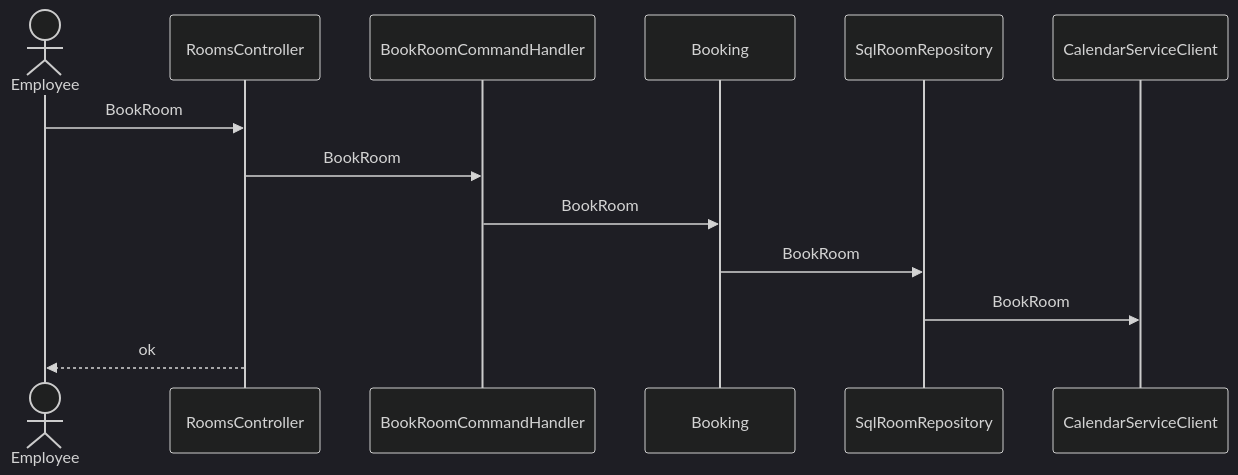
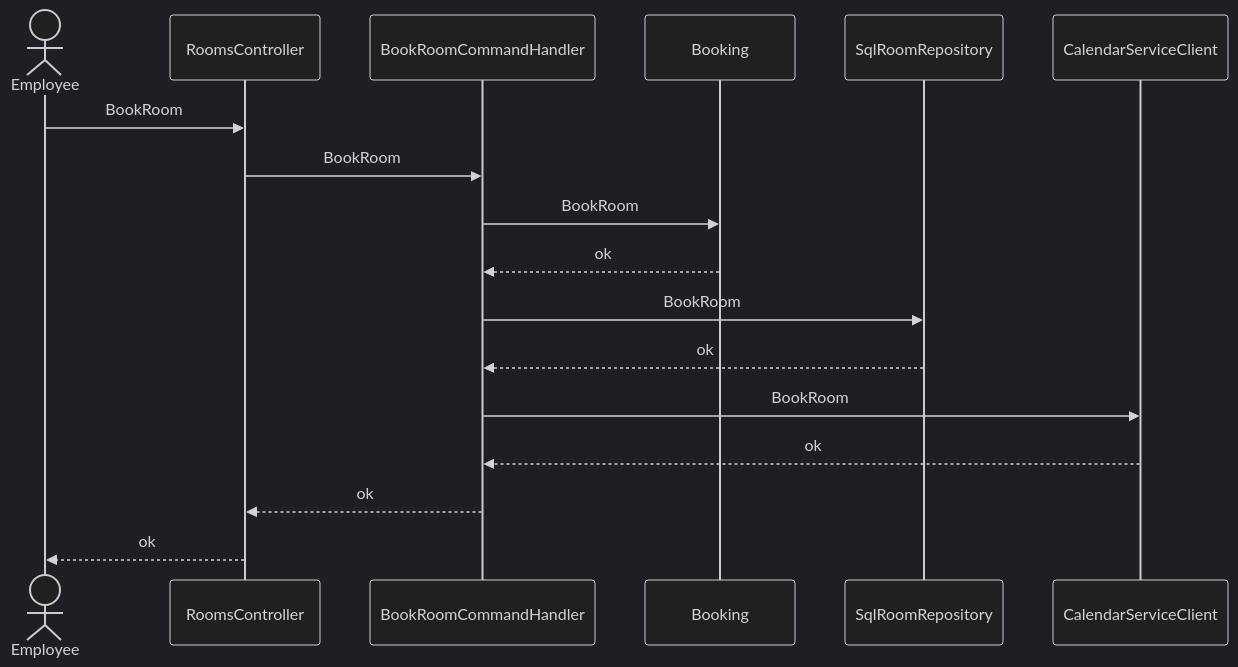
One commit to pin0513/AITools changed the fourth of 6 diagrams in skills/spec-dev-process/examples/matrix/be-only-en-s2/specs/rd/room-booking/spec/30-architecture-c4.md. Above: the diagram before and after it, drawn with Mermaid (dark theme). The commit also changed other lines of this file and 257 other files, not shown here.

````diff
--- a/skills/spec-dev-process/examples/matrix/be-only-en-s2/specs/rd/room-booking/spec/30-architecture-c4.md
+++ b/skills/spec-dev-process/examples/matrix/be-only-en-s2/specs/rd/room-booking/spec/30-architecture-c4.md
@@ -93,15 +93,19 @@
 ```mermaid
 sequenceDiagram
   actor U as Employee
   participant CMP001 as RoomsController
   participant CMP002 as BookRoomCommandHandler
   participant CMP006 as Booking
   participant CMP007 as SqlRoomRepository
   participant CMP008 as CalendarServiceClient
   U->>CMP001: BookRoom
   CMP001->>CMP002: BookRoom
   CMP002->>CMP006: BookRoom
-  CMP006->>CMP007: BookRoom
-  CMP007->>CMP008: BookRoom
+  CMP006-->>CMP002: ok
+  CMP002->>CMP007: BookRoom
+  CMP007-->>CMP002: ok
+  CMP002->>CMP008: BookRoom
+  CMP008-->>CMP002: ok
+  CMP002-->>CMP001: ok
   CMP001-->>U: ok
 ```
````
